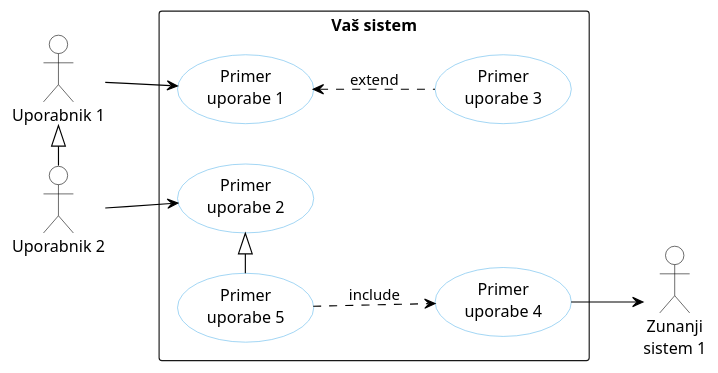
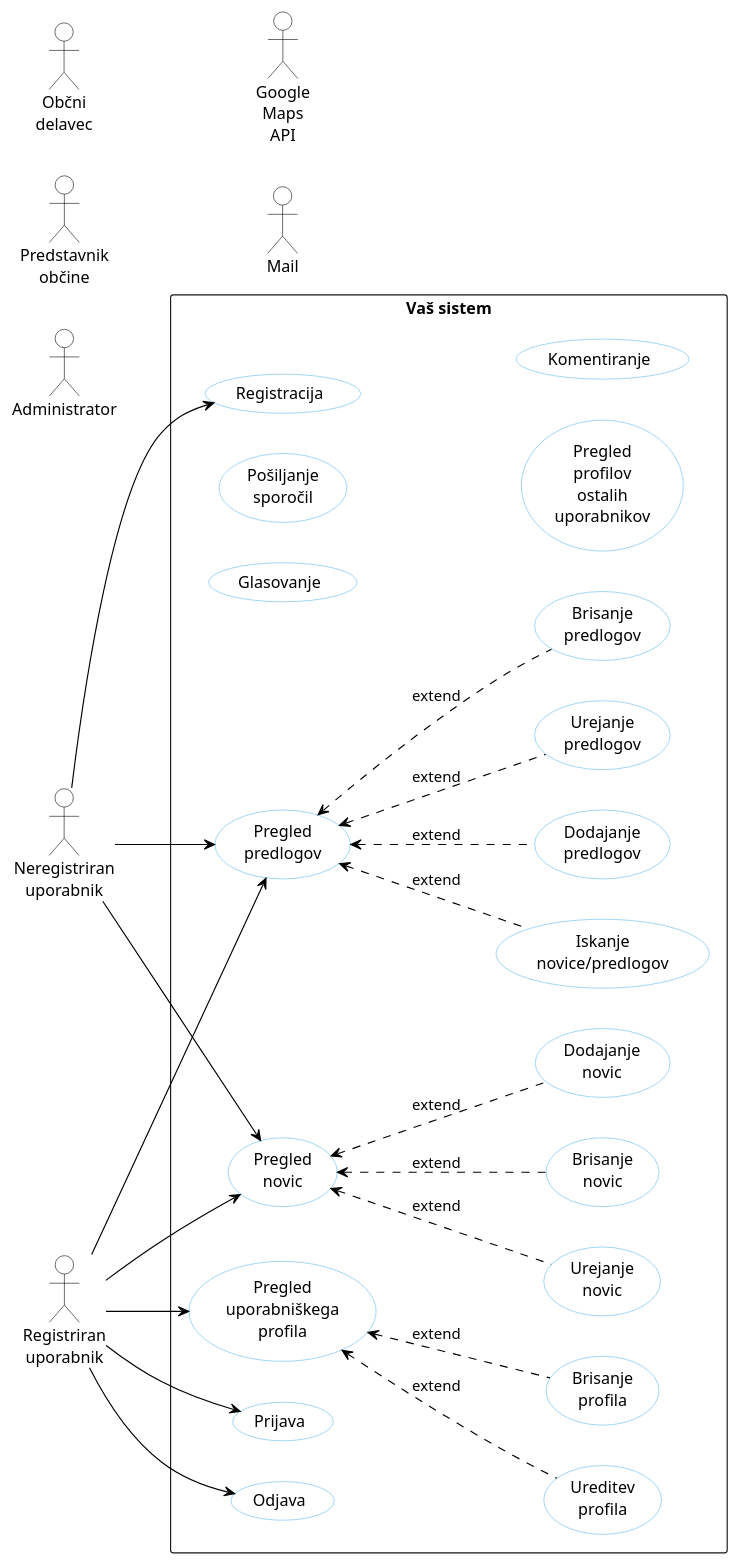
One commit to kupinah/test-tpo changed the diagram in docs/gradivo/plantuml/DPU.puml. Above: the diagram before and after it, drawn with PlantUML. The commit also changed 1 other file, not shown here.

```diff
--- a/docs/gradivo/plantuml/DPU.puml
+++ b/docs/gradivo/plantuml/DPU.puml
@@ -1,37 +1,67 @@
 @startuml DPU
 
 skinparam backgroundcolor transparent
 skinparam defaultTextAlignment center
 skinparam usecase {
   backgroundColor white
   borderColor #5FB8EC
   arrowColor black
 }
 skinparam actorBorderColor black
 skinparam actorBackgroundColor white
 
 left to right direction
 
-actor "Uporabnik 1" AS U1
-actor "Uporabnik 2" AS U2
-actor "Zunanji\nsistem 1" AS S1
+actor "Neregistriran\nuporabnik" AS U1
+actor "Registriran\nuporabnik" AS U2
+actor "Občni\ndelavec" AS U3
+actor "Predstavnik\nobčine" AS U4
+actor "Administrator" AS U5
+
+actor "Google\nMaps\nAPI" AS S1
+actor "Mail" AS S2
 
 rectangle "Vaš sistem" {
-  usecase "Primer\nuporabe 1" AS PU1
-  usecase "Primer\nuporabe 2" AS PU2
-  usecase "Primer\nuporabe 3" AS PU3
-  usecase "Primer\nuporabe 4" AS PU4
-  usecase "Primer\nuporabe 5" AS PU5
+  usecase "Registracija" AS PU1
+  usecase "Prijava" AS PU2
+  usecase "Odjava" AS PU3
+  usecase "Pregled\nuporabniškega\nprofila" AS PU4
+  usecase "Ureditev\nprofila" AS PU5
+  usecase "Brisanje\nprofila" AS PU6
+  usecase "Dodajanje\nnovic" AS PU7
+  usecase "Urejanje\nnovic" AS PU8
+  usecase "Brisanje\nnovic" AS PU9
+  usecase "Pregled\nnovic" AS PU10
+  usecase "Dodajanje\npredlogov" AS PU11
+  usecase "Glasovanje" AS PU12
+  usecase "Urejanje\npredlogov" AS PU13
+  usecase "Pregled\npredlogov" AS PU14
+  usecase "Brisanje\npredlogov" AS PU15
+  usecase "Pošiljanje\nsporočil" AS PU16
+  usecase "Iskanje\nnovice/predlogov" AS PU17
+  usecase "Pregled\nprofilov\nostalih\nuporabnikov" AS PU18
+  usecase "Komentiranje" AS PU19
 }
 
-U2 -left-|> U1
+' U2 -left-|> U1
 
 U1 -> (PU1)
+U1 --> (PU10)
+U1 --> (PU14)
 U2 --> (PU2)
-(PU4) -down-> S1
+U2 --> (PU3)
+U2 --> (PU4)
+U2 --> (PU10)
+U2 --> (PU14)
 
-(PU3) .up.> (PU1) : extend
-(PU5) ..> (PU4) : include
-(PU5) -right-|> (PU2)
+(PU5) .up.> (PU4) : extend
+(PU6) .up.> (PU4) : extend
+(PU7) .up.> (PU10) : extend
+(PU8) .up.> (PU10) : extend
+(PU9) .up.> (PU10) : extend
+(PU11) .up.> (PU14) : extend
+(PU13) .up.> (PU14) : extend
+(PU15) .up.> (PU14) : extend
+(PU17) .up.> (PU14) : extend
 
 @enduml
```
